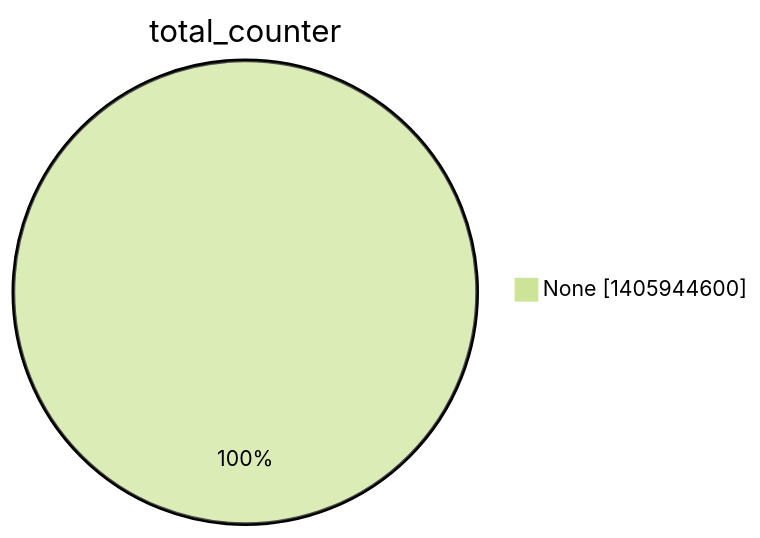
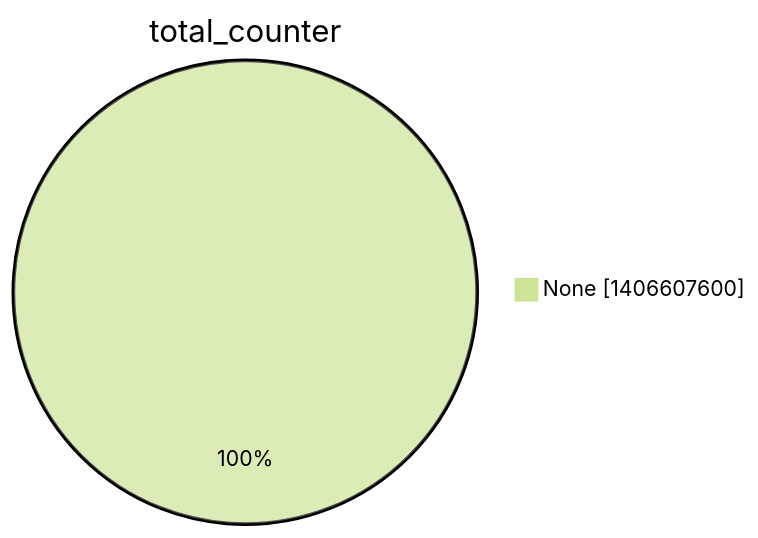
One commit to christiankrug/ctmonitor_visualization changed the second of 15 diagrams in argon2022/README.md. Above: the diagram before and after it, drawn with Mermaid (forest theme). The commit also changed other lines of this file, not shown here.

````diff
--- a/argon2022/README.md
+++ b/argon2022/README.md
@@ -9,5 +9,5 @@
 ```mermaid
 pie showData
 title total_counter
-"None" :1405944600
+"None" :1406607600
 ```
````
